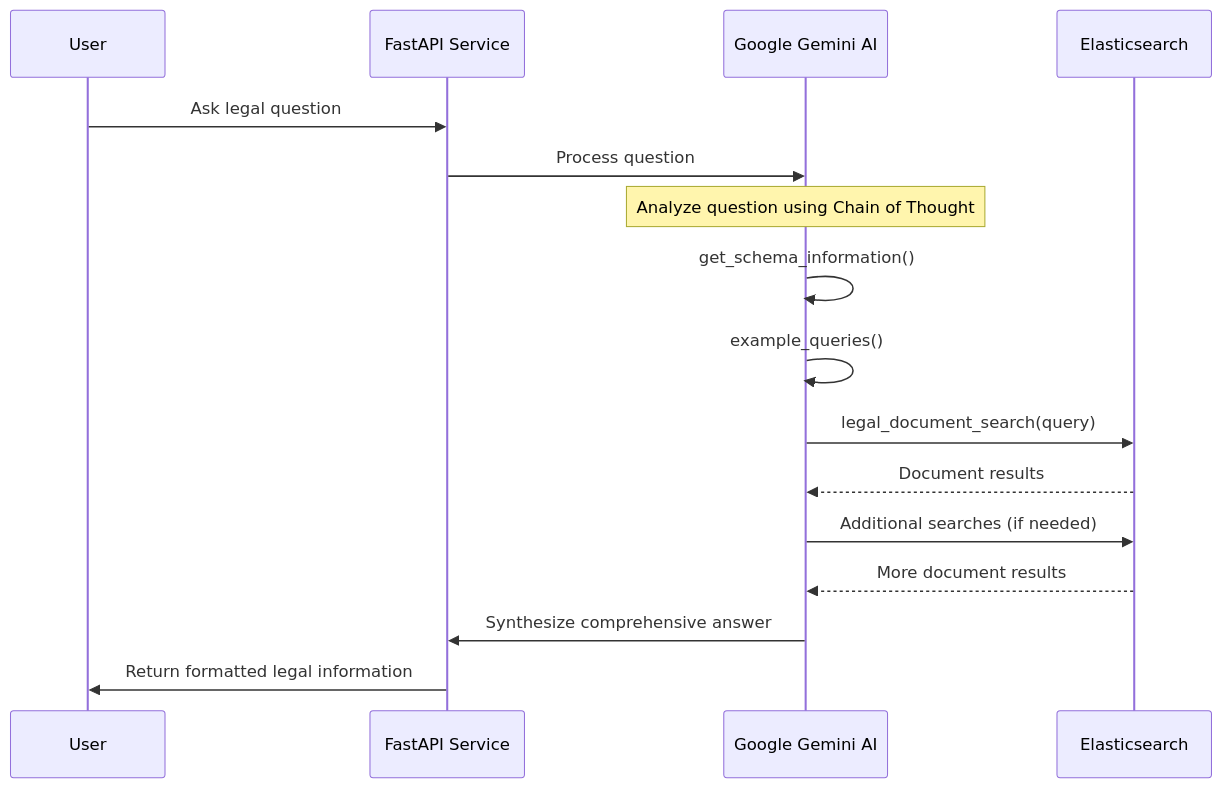
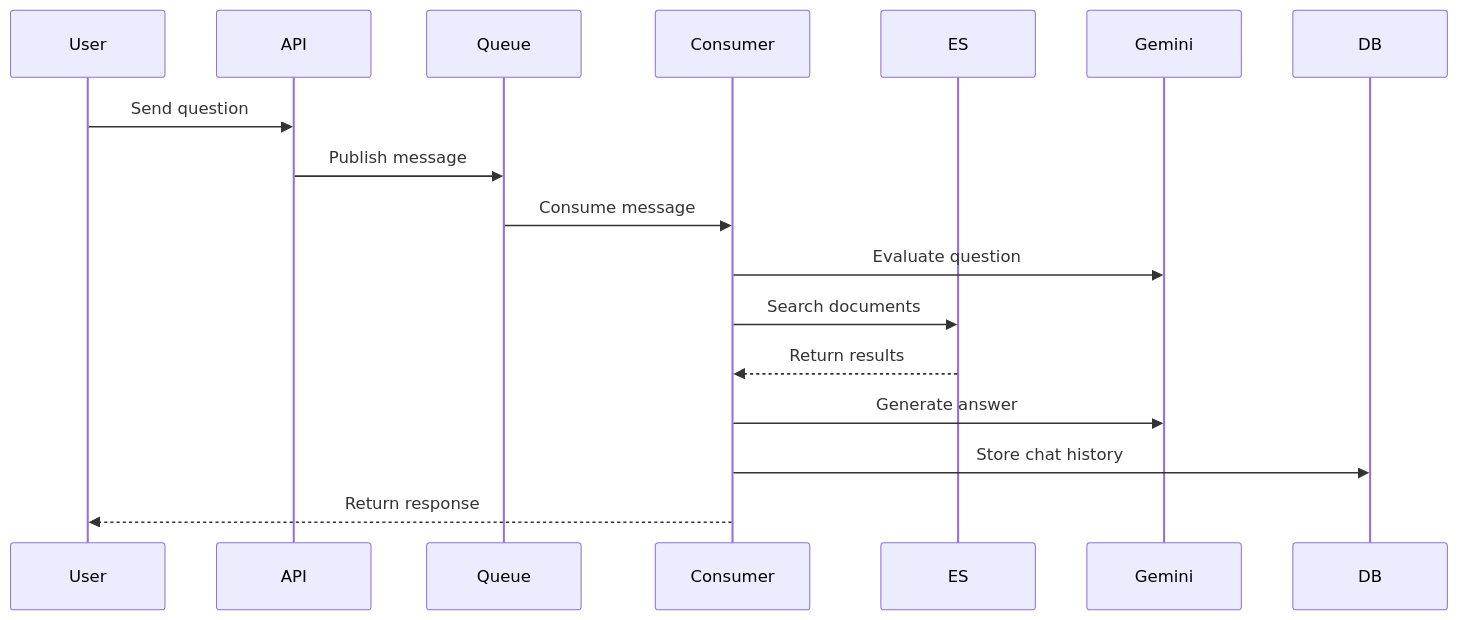
Before and after one commit to juankhusuma/zito: the second of 3 diagrams in hermes/README.md, drawn with Mermaid. The commit also changed other lines of this file and 3 other files, not shown here.

````diff
--- a/hermes/README.md
+++ b/hermes/README.md
@@ -73,19 +48,20 @@
 ```mermaid
 sequenceDiagram
     participant User
-    participant API as FastAPI Service
-    participant Gemini as Google Gemini AI
-    participant ES as Elasticsearch
-    
-    User->>API: Ask legal question
-    API->>Gemini: Process question
-    Note over Gemini: Analyze question using Chain of Thought
-    Gemini->>Gemini: get_schema_information()
-    Gemini->>Gemini: example_queries()
-    Gemini->>ES: legal_document_search(query)
-    ES-->>Gemini: Document results
-    Gemini->>ES: Additional searches (if needed)
-    ES-->>Gemini: More document results
-    Gemini->>API: Synthesize comprehensive answer
-    API->>User: Return formatted legal information
+    participant API
+    participant Queue
+    participant Consumer
+    participant ES
+    participant Gemini
+    participant DB
+
+    User->>API: Send question
+    API->>Queue: Publish message
+    Queue->>Consumer: Consume message
+    Consumer->>Gemini: Evaluate question
+    Consumer->>ES: Search documents
+    ES-->>Consumer: Return results
+    Consumer->>Gemini: Generate answer
+    Consumer->>DB: Store chat history
+    Consumer-->>User: Return response
 ```
````
